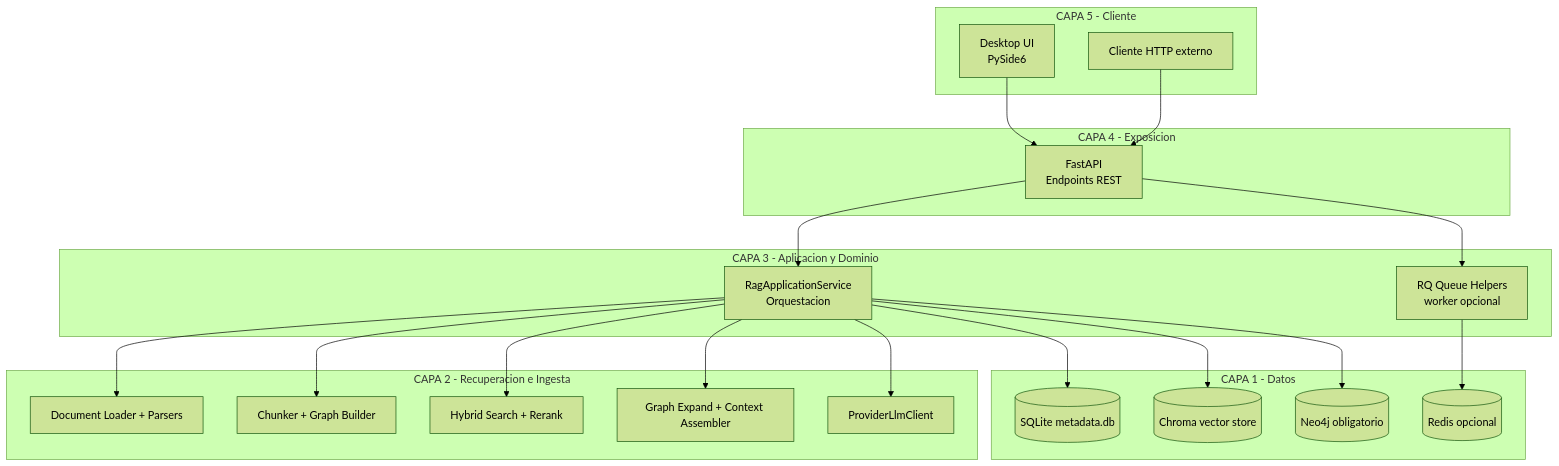
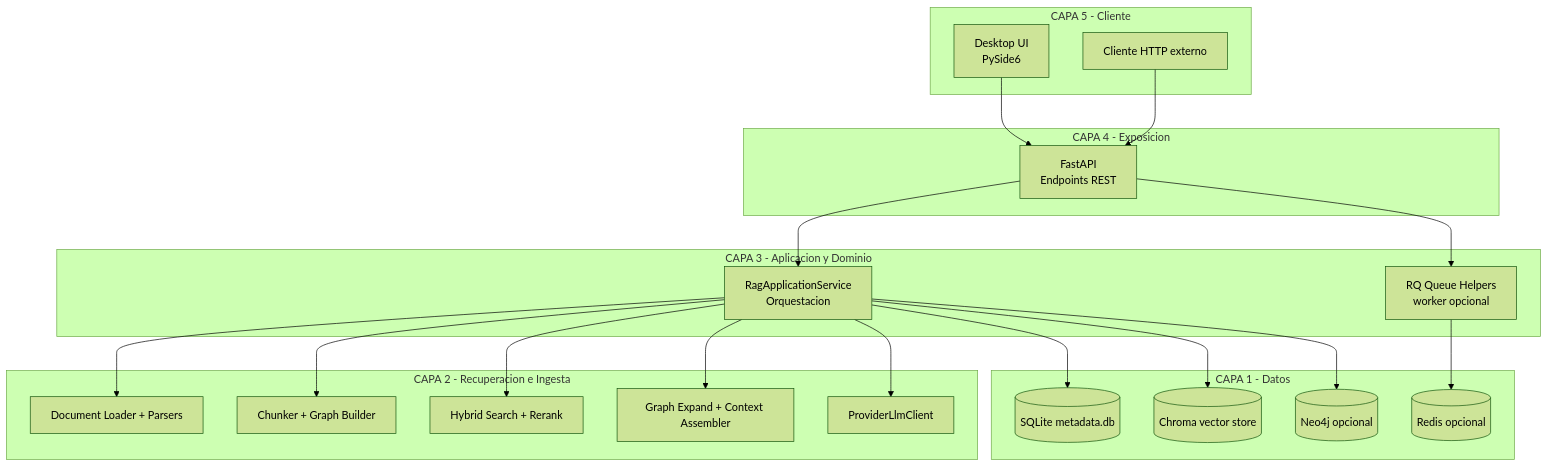
One commit to gherrerz/KDB-RAG-Docs changed the first of 4 diagrams in docs/ARCHITECTURE.md. Above: the diagram before and after it, drawn with Mermaid (forest theme). The commit also changed other lines of this file and 9 other files, not shown here.

````diff
--- a/docs/ARCHITECTURE.md
+++ b/docs/ARCHITECTURE.md
@@ -54,45 +55,45 @@
 ```mermaid
 flowchart TB
     subgraph L5[CAPA 5 - Cliente]
         UI[Desktop UI\nPySide6]
         APIClient[Cliente HTTP externo]
     end
 
     subgraph L4[CAPA 4 - Exposicion]
         FastAPI[FastAPI\nEndpoints REST]
     end
 
     subgraph L3[CAPA 3 - Aplicacion y Dominio]
         Service[RagApplicationService\nOrquestacion]
         Jobs[RQ Queue Helpers\nworker opcional]
     end
 
     subgraph L2[CAPA 2 - Recuperacion e Ingesta]
         Loader[Document Loader + Parsers]
         Chunker[Chunker + Graph Builder]
         Retrieval[Hybrid Search + Rerank]
         GraphExpand[Graph Expand + Context Assembler]
         LLM[ProviderLlmClient]
     end
 
     subgraph L1[CAPA 1 - Datos]
         SQLite[(SQLite metadata.db)]
       Chroma[(Chroma vector store)]
-        Neo4j[(Neo4j obligatorio)]
+        Neo4j[(Neo4j opcional)]
         Redis[(Redis opcional)]
     end
 
     UI --> FastAPI
     APIClient --> FastAPI
     FastAPI --> Service
     Service --> Loader
     Service --> Chunker
     Service --> Retrieval
     Service --> GraphExpand
     Service --> LLM
     Service --> SQLite
     Service --> Chroma
     Service --> Neo4j
     Jobs --> Redis
     FastAPI --> Jobs
 ```
````
